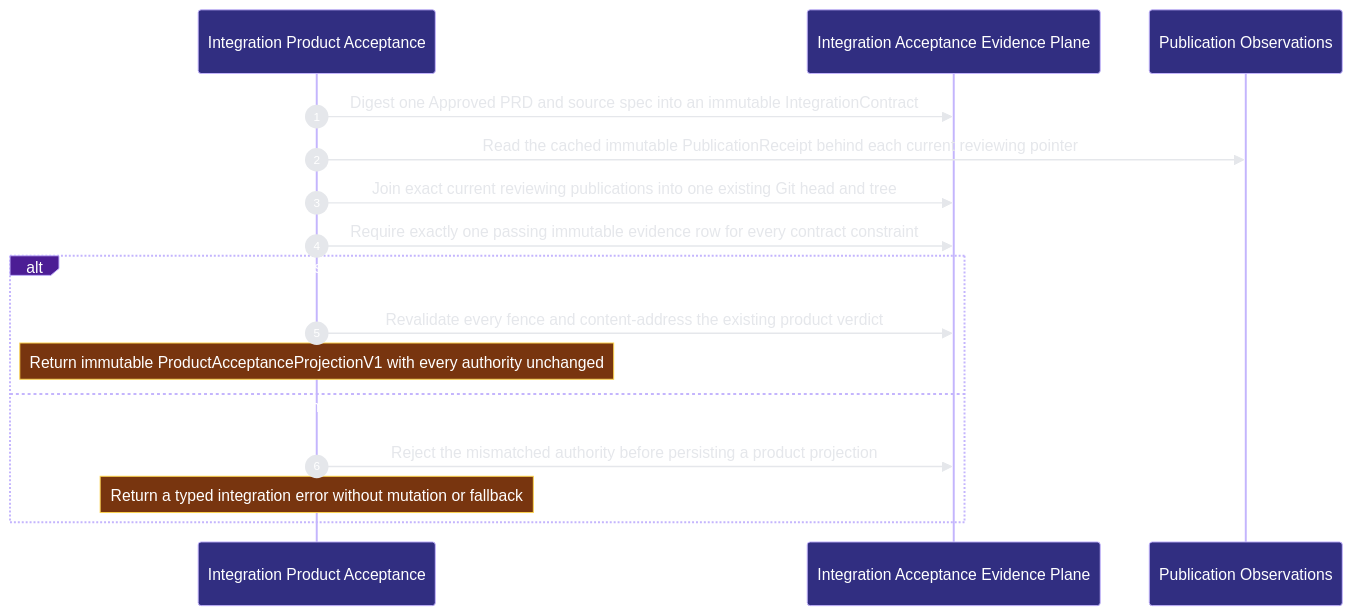
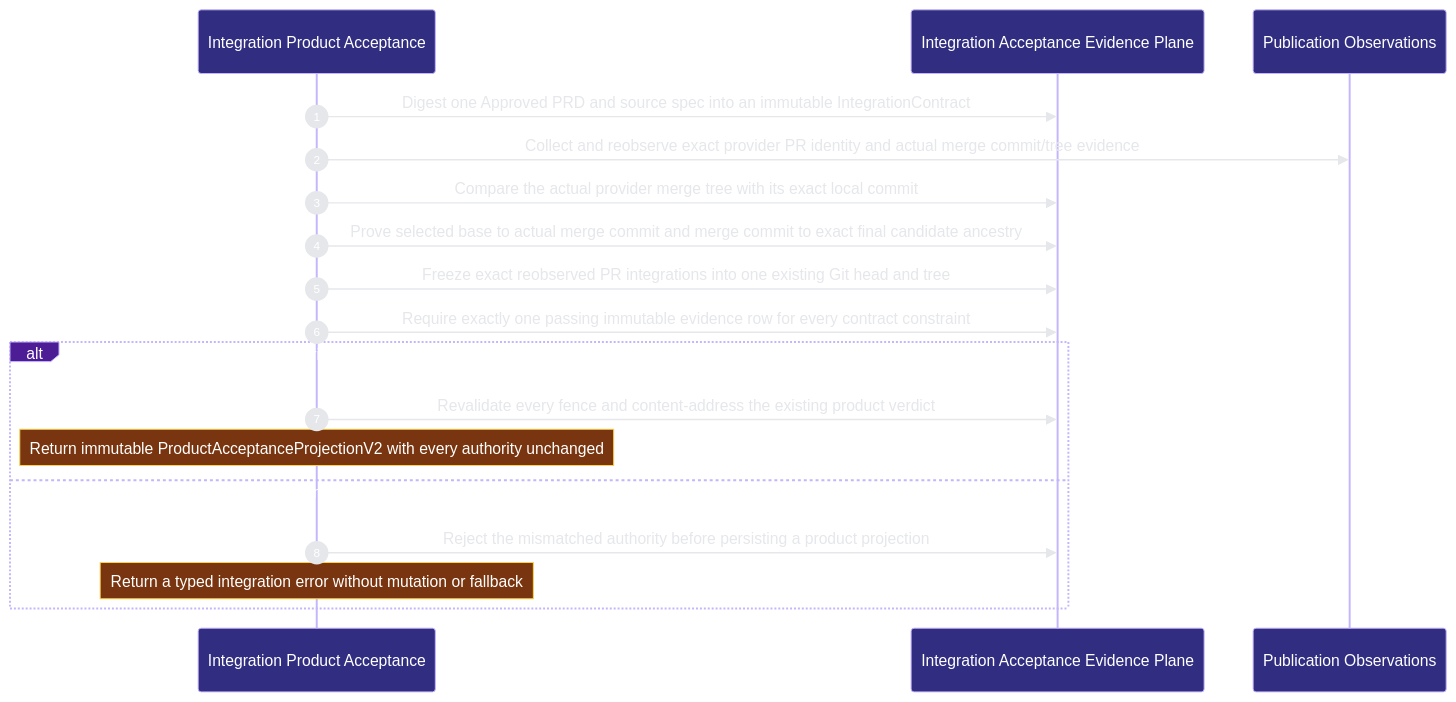
Before and after one commit to Ancienttwo/repo-harness: the second of 2 diagrams in docs/architecture/modules/runtime-harness/integration-acceptance.md, drawn with Mermaid. The commit also changed other lines of this file and 27 other files, not shown here.

First line of the commit message:
chore(projection): refresh generated architecture outputs for main@bbf18043e43e

````diff
--- a/docs/architecture/modules/runtime-harness/integration-acceptance.md
+++ b/docs/architecture/modules/runtime-harness/integration-acceptance.md
@@ -88,19 +87,21 @@
 ```mermaid
 %%{init: {"theme":"base","themeVariables":{"background":"#0d1117","actorBkg":"#312e81","actorBorder":"#c4b5fd","actorTextColor":"#ffffff","signalColor":"#e5e7eb","signalTextColor":"#e5e7eb","labelBoxBkgColor":"#4c1d95","labelBoxBorderColor":"#c4b5fd","labelTextColor":"#ffffff","noteBkgColor":"#78350f","noteBorderColor":"#fcd34d","noteTextColor":"#ffffff","sequenceNumberColor":"#ffffff"}}}%%
 sequenceDiagram
   autonumber
   participant p2_integration_plane_da058c3e as Integration Product Acceptance
   participant p2_evidence_schema_dd5fece0 as Integration Acceptance Evidence Plane
   participant p2_publication_1c89e8c8 as Publication Observations
   p2_integration_plane_da058c3e->>p2_evidence_schema_dd5fece0: Digest one Approved PRD and source spec into an immutable IntegrationContract
-  p2_integration_plane_da058c3e->>p2_publication_1c89e8c8: Read the cached immutable PublicationReceipt behind each current reviewing pointer
-  p2_integration_plane_da058c3e->>p2_evidence_schema_dd5fece0: Join exact current reviewing publications into one existing Git head and tree
+  p2_integration_plane_da058c3e->>p2_publication_1c89e8c8: Collect and reobserve exact provider PR identity and actual merge commit/tree evidence
+  p2_integration_plane_da058c3e->>p2_evidence_schema_dd5fece0: Compare the actual provider merge tree with its exact local commit
+  p2_integration_plane_da058c3e->>p2_evidence_schema_dd5fece0: Prove selected base to actual merge commit and merge commit to exact final candidate ancestry
+  p2_integration_plane_da058c3e->>p2_evidence_schema_dd5fece0: Freeze exact reobserved PR integrations into one existing Git head and tree
   p2_integration_plane_da058c3e->>p2_evidence_schema_dd5fece0: Require exactly one passing immutable evidence row for every contract constraint
   alt Current authority bytes and the existing passing AcceptanceReceipt project onto the exact candidate
   p2_integration_plane_da058c3e->>p2_evidence_schema_dd5fece0: Revalidate every fence and content-address the existing product verdict
-    Note over p2_integration_plane_da058c3e: Return immutable ProductAcceptanceProjectionV1 with every authority unchanged
-  else Any stale requirement#44; publication#44; candidate#44; matrix#44; evidence or receipt fails closed
+    Note over p2_integration_plane_da058c3e: Return immutable ProductAcceptanceProjectionV2 with every authority unchanged
+  else Any stale requirement#44; provider integration#44; candidate#44; matrix#44; evidence or acceptance receipt fails closed
   p2_integration_plane_da058c3e->>p2_evidence_schema_dd5fece0: Reject the mismatched authority before persisting a product projection
     Note over p2_integration_plane_da058c3e: Return a typed integration error without mutation or fallback
   end
 ```
````
